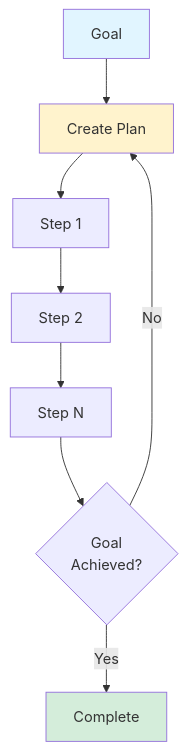
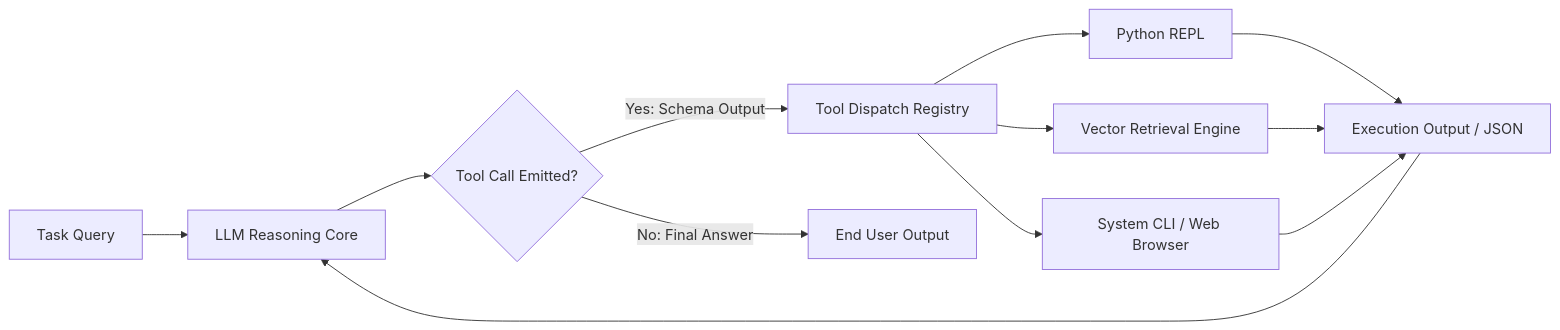
The fourth of 7 diagrams in _posts/2024/08/2024-08-05-agentic-application-design-patterns.md (akillness/akillness.github.io), drawn with Mermaid before and after one commit. The commit also changed other lines of this file and 1 other file, not shown here.

````diff
--- a/_posts/2024/08/2024-08-05-agentic-application-design-patterns.md
+++ b/_posts/2024/08/2024-08-05-agentic-application-design-patterns.md
@@ -190,14 +104,14 @@
 ```mermaid
-graph TB
-    A[Goal] --> B[Create Plan]
-    B --> C[Step 1]
-    C --> D[Step 2]
-    D --> E[Step N]
-    E --> F{Goal<br/>Achieved?}
-    F -->|No| B
-    F -->|Yes| G[Complete]
-    
-    style A fill:#e1f5ff
-    style B fill:#fff3cd
-    style G fill:#d4edda
+flowchart LR
+    A[Task Query] --> B[LLM Reasoning Core]
+    B --> C{Tool Call Emitted?}
+    C -->|Yes: Schema Output| D[Tool Dispatch Registry]
+    D --> E1[Python REPL]
+    D --> E2[Vector Retrieval Engine]
+    D --> E3[System CLI / Web Browser]
+    E1 --> F[Execution Output / JSON]
+    E2 --> F
+    E3 --> F
+    F --> B
+    C -->|No: Final Answer| G[End User Output]
 ```
````
